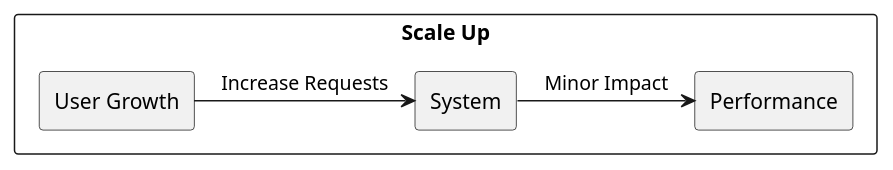
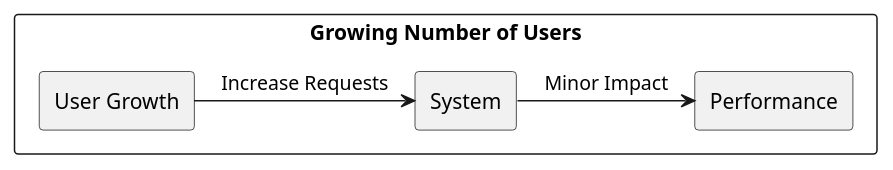
One commit to USI-MSDE-SA-2022/software-architecture-model-tommi27 changed the fifth of 12 diagrams in src/sa/model/index.md. Above: the diagram before and after it, drawn with PlantUML. The commit also changed other lines of this file, not shown here.

````diff
--- a/src/sa/model/index.md
+++ b/src/sa/model/index.md
@@ -367,20 +367,20 @@
 ```puml
 @startuml
 
 skinparam componentStyle rectangle
 skinparam monochrome true
 skinparam shadowing false
 
-rectangle "Scale Up" {
+rectangle "Growing Number of Users" {
 
 rectangle "User Growth" as Source
 rectangle "Performance" as Measure
 
 Source -> [System] : "Increase Requests"
 
 [System] -> [Measure] : "Minor Impact"
 
 }
 
 @enduml
 ```
````
